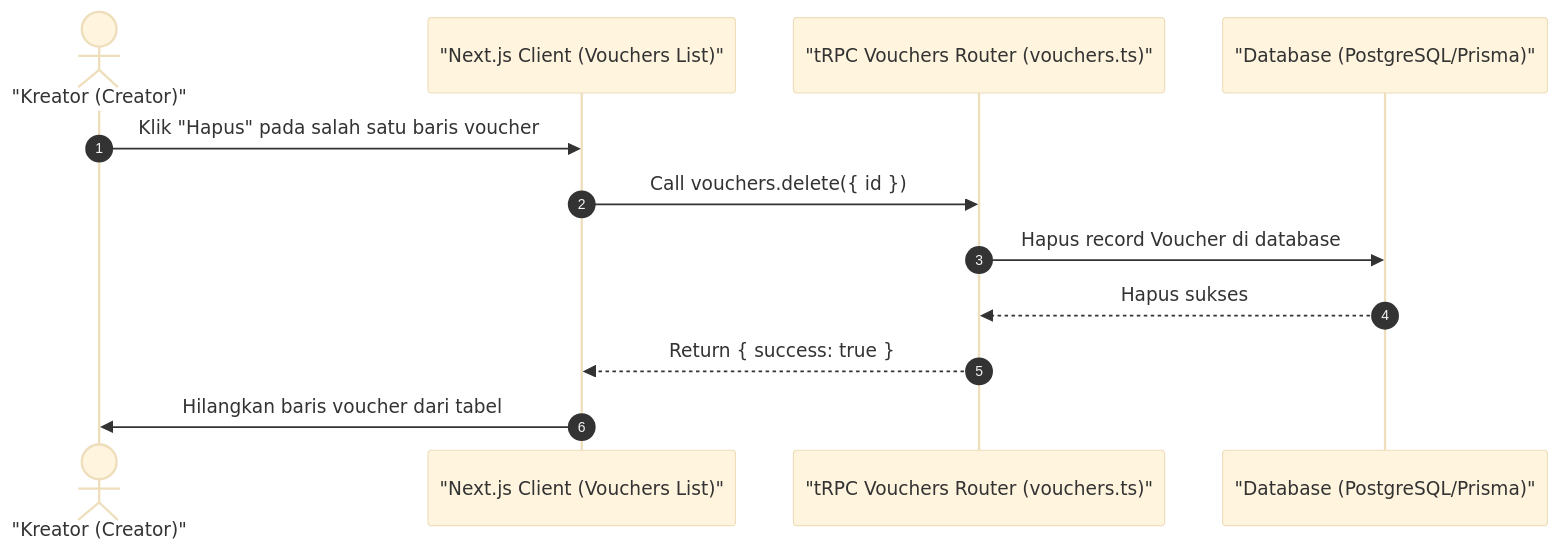
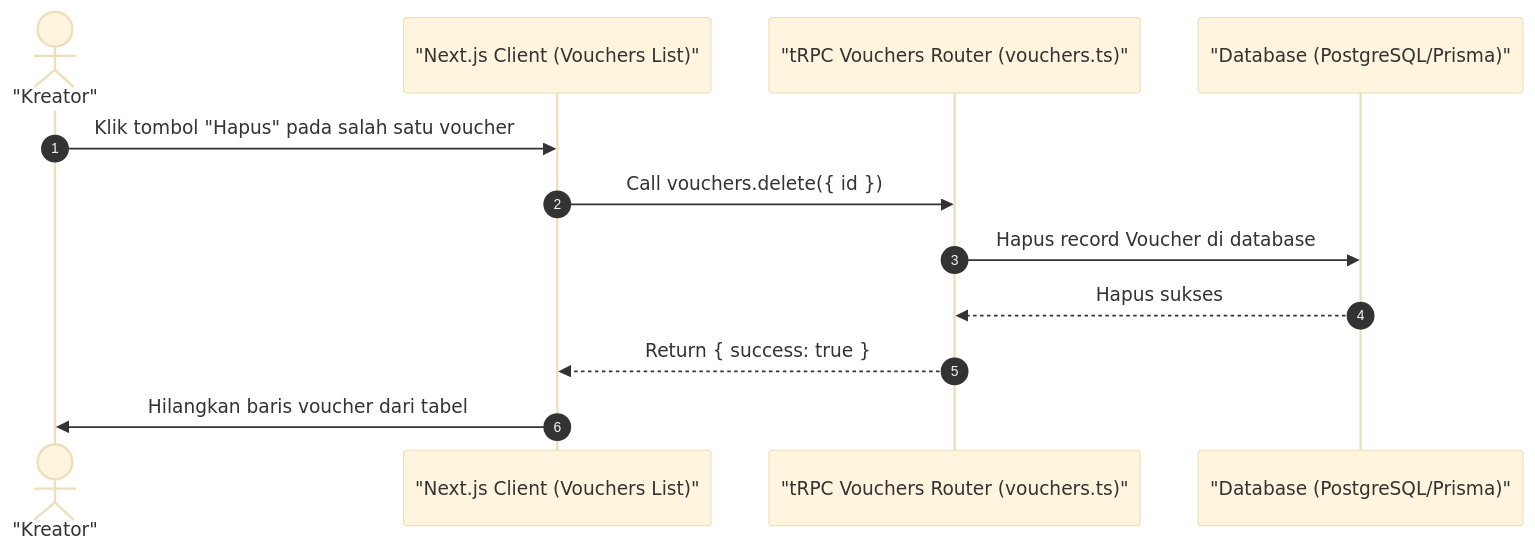
The diagram in docs/33-creator-voucher-delete.md (luputer/CuanIN), drawn with Mermaid (base theme) before and after one commit. The commit also changed 53 other files, not shown here.

````diff
--- a/docs/33-creator-voucher-delete.md
+++ b/docs/33-creator-voucher-delete.md
@@ -5,16 +5,16 @@
 ```mermaid
 sequenceDiagram
     autonumber
-    actor Creator as "Kreator (Creator)"
+    actor Creator as "Kreator"
     participant Client as "Next.js Client (Vouchers List)"
     participant Server as "tRPC Vouchers Router (vouchers.ts)"
     participant DB as "Database (PostgreSQL/Prisma)"
 
-    Creator->>Client: Klik "Hapus" pada salah satu baris voucher
+    Creator->>Client: Klik tombol "Hapus" pada salah satu voucher
     Client->>Server: Call vouchers.delete({ id })
     Server->>DB: Hapus record Voucher di database
     DB-->>Server: Hapus sukses
     Server-->>Client: Return { success: true }
     Client->>Creator: Hilangkan baris voucher dari tabel
 
 ```
````
